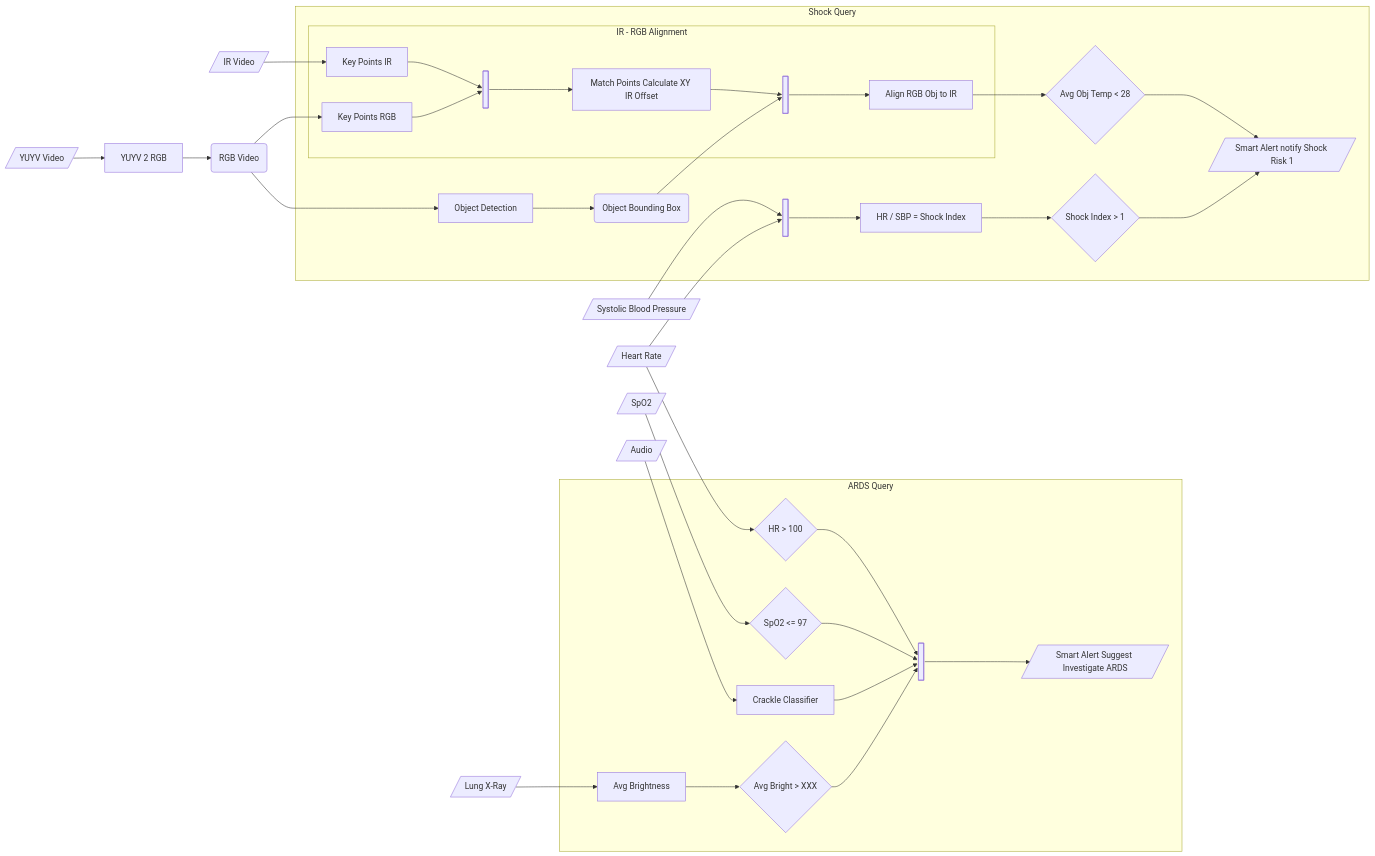
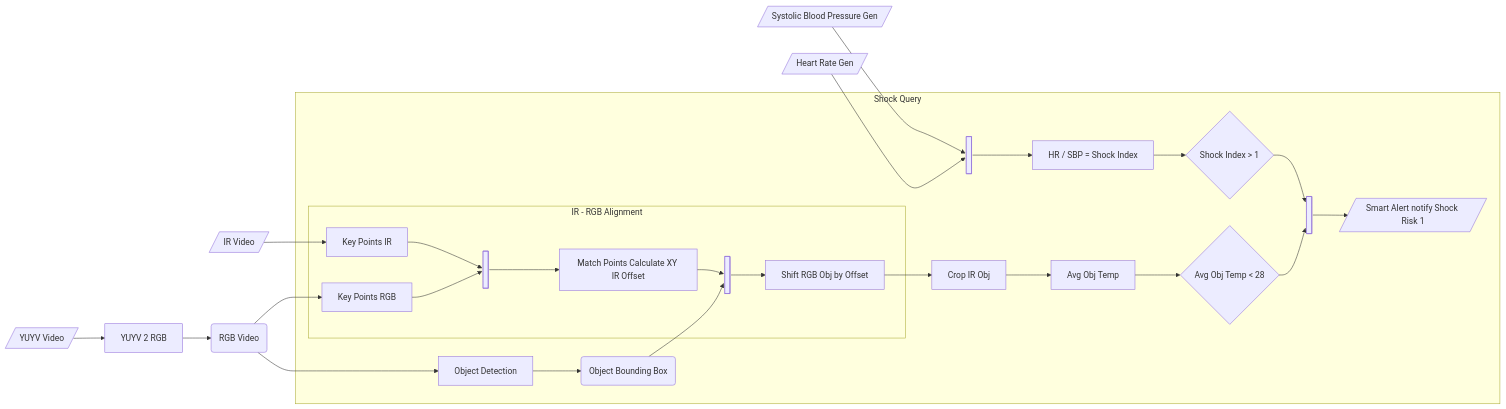
Before and after one commit to nebulastream/SIGMOD25-demo: the third of 3 diagrams in README.md, drawn with Mermaid. The commit also changed other lines of this file, not shown here.

Commit message:
split query concept diagrams

````diff
--- a/README.md
+++ b/README.md
@@ -1,72 +76,50 @@
-``` mermaid
+```mermaid
+
+%% Shock Example
 graph LR;
-%% Query 1
-%% Define sources
-    SBP@{shape: in-out, label: "Systolic Blood Pressure"}
-    HR@{shape: in-out, label: "Heart Rate"}
-    SpO2@{shape: in-out, label: "SpO2"}
+    SBP@{shape: in-out, label: "Systolic Blood Pressure Gen"}
+    HR@{shape: in-out, label: "Heart Rate Gen"}
     IR@{shape: in-out, label: "IR Video"}
     YUYV@{shape: in-out, label: "YUYV Video"}
     pRGB@{shape: proc, label: "YUYV 2 RGB"}
     RGB@{shape: event, label: "RGB Video"}
-    Audio@{shape: in-out, label: "Audio"}
-    LungXRay@{shape: in-out, label: "Lung X-Ray"}
-
     YUYV -->pRGB --> RGB
-
-%% Query ARDS
-    subgraph ARDS Query
-        
-        dTachy@{shape: diamond, label: "HR > 100"}
-        dHypox@{shape: diamond, label: "SpO2 <= 97"}
-        dCrackle@{shape: proc, label: "Crackle Classifier"}
-        pLungBright@{shape: proc, label: "Avg Brightness"}
-        dLungBright@{shape: diamond, label: "Avg Bright > XXX"}
-        jARDS@{shape: join, label: "Join ARDS Symptoms"}
-        dTachy --> jARDS
-        dHypox --> jARDS
-        dCrackle --> jARDS
-        jARDS --> AlertSuggestXRay@{shape: in-out, label: "Smart Alert Suggest Investigate ARDS"}
-        pLungBright --> dLungBright --> jARDS
-      
-    end
-
-    HR --> dTachy
-    SpO2 --> dHypox
-    Audio --> dCrackle
-    LungXRay --> pLungBright 
 
 %% Query Shock
     subgraph Shock Query
-        jSI@{shape: join, label: "Join on Time Window"} 
+        jSI@{shape: join, label: "Join on Time Window"}
         jSI --> procSI@{shape: proc, label: "HR / SBP = Shock Index"}
         procSI --> dSI@{shape: diamond, label: "Shock Index > 1" }
         AlertShock@{shape: in-out, label: "Smart Alert notify Shock Risk 1"}
-        dSI --> AlertShock
 
         subgraph IR - RGB Alignment
             jKP@{shape: join, label: "Join KP"}
             kpIR@{shape: proc, label: "Key Points IR"} --> jKP
             kpRGB@{shape: proc, label: "Key Points RGB"} --> jKP
             mKP@{shape: proc, label: "Match Points Calculate XY IR Offset"}
             jKP --> mKP
             jObj@{shape: join, label: "Join Obj to Offset"}
-            mObj@{shape: proc, label: "Align RGB Obj to IR"}
+            mObj@{shape: proc, label: "Shift RGB Obj by Offset"}
             mKP --> jObj --> mObj
         end
 
         objDect@{shape: proc, label: "Object Detection"}
         objDect --> obj@{ shape: event, label: "Object Bounding Box"}
         obj --> jObj
+        pCropObj@{shape: proc, label: "Crop IR Obj"}
+        pAvgObjTemp@{shape: proc, label: "Avg Obj Temp"}
         dShockTemp@{shape: diamond, label: "Avg Obj Temp < 28"}
-        mObj --> dShockTemp --> AlertShock
+        jShockTriggers@{shape: join, label: "Join Shock Triggers"}
+        mObj --> pCropObj --> pAvgObjTemp --> dShockTemp
+        dSI --> jShockTriggers 
+        dShockTemp--> jShockTriggers --> AlertShock
 
     end
-
     %% Connections outside subgraphs
     RGB --> objDect
     SBP --> jSI
     HR --> jSI
     IR --> kpIR
     RGB --> kpRGB
+
 ```
````
